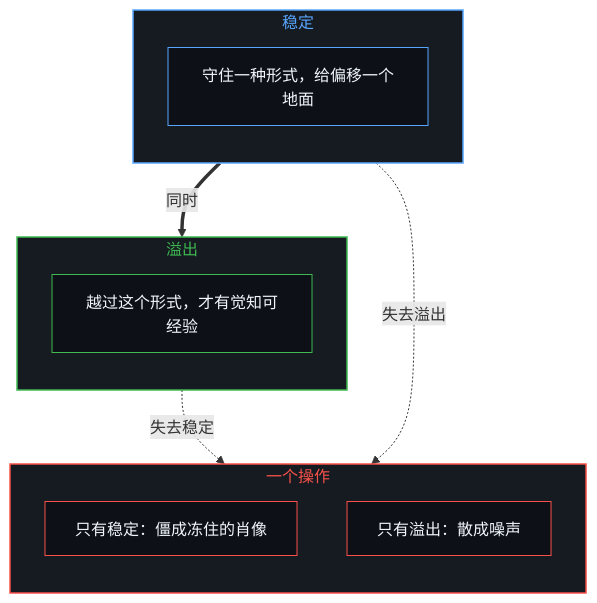
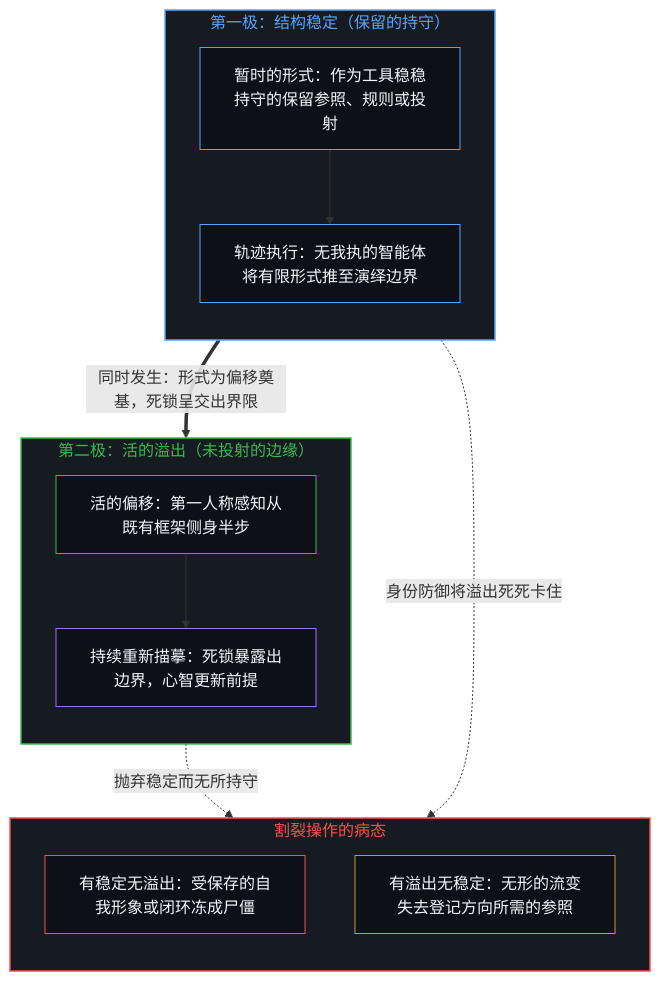
One commit to powerpig99/not-a-toe changed the first of 2 diagrams in content/posts/stability-and-excess.md. Above: the diagram before and after it, drawn with Mermaid. The commit also changed other lines of this file and 2 other files, not shown here.

Commit message:
Refine stability-and-excess (Wave 3 L2 #122: weave beyond-the-projection)

````diff
--- a/content/posts/stability-and-excess.md
+++ b/content/posts/stability-and-excess.md
@@ -51,26 +55,32 @@
 ```mermaid
 flowchart TD
-    subgraph S_Stable["稳定"]
+    subgraph S_Stable["第一极：结构稳定（保留的持守）"]
         direction TB
-        S1["守住一种形式，给偏移一个地面"]
+        S1["暂时的形式：作为工具稳稳持守的保留参照、规则或投射"]
+        S2["轨迹执行：无我执的智能体将有限形式推至演绎边界"]
+        S1 --> S2
     end
-    subgraph S_Excess["溢出"]
+    subgraph S_Excess["第二极：活的溢出（未投射的边缘）"]
         direction TB
-        E1["越过这个形式，才有觉知可经验"]
+        E1["活的偏移：第一人称感知从既有框架侧身半步"]
+        E2["持续重新描摹：死锁暴露出边界，心智更新前提"]
+        E1 --> E2
     end
-    subgraph S_One["一个操作"]
+    subgraph S_Collapse["割裂操作的病态"]
         direction TB
-        O1["只有稳定：僵成冻住的肖像"]
-        O2["只有溢出：散成噪声"]
+        O1["有稳定无溢出：受保存的自我形象或闭环冻成尸僵"]
+        O2["有溢出无稳定：无形的流变失去登记方向所需的参照"]
     end
-    S1 ==>|"同时"| E1
-    S1 -.->|"失去溢出"| O1
-    E1 -.->|"失去稳定"| O2
+    S2 ==>|"同时发生：形式为偏移奠基，死锁呈交出界限"| E1
+    S1 -.->|"身份防御将溢出死死卡住"| O1
+    E1 -.->|"抛弃稳定而无所持守"| O2
     style S_Stable fill:#161b22,stroke:#58a6ff,stroke-width:1.5px,color:#58a6ff
     style S_Excess fill:#161b22,stroke:#3fb950,stroke-width:1.5px,color:#3fb950
-    style S_One fill:#161b22,stroke:#f85149,stroke-width:1.5px,color:#f85149
+    style S_Collapse fill:#161b22,stroke:#f85149,stroke-width:1.5px,color:#f85149
     style S1 fill:#0d1117,stroke:#58a6ff,stroke-width:1px,color:#f0f6fc
+    style S2 fill:#0d1117,stroke:#58a6ff,stroke-width:1px,color:#f0f6fc
     style E1 fill:#0d1117,stroke:#3fb950,stroke-width:1px,color:#f0f6fc
+    style E2 fill:#0d1117,stroke:#a371f7,stroke-width:1px,color:#f0f6fc
     style O1 fill:#0d1117,stroke:#f85149,stroke-width:1px,color:#f0f6fc
-    style O2 fill:#0d1117,stroke:#f85149,stroke-width:1px,color:#f0f6fc
+    style O2 fill:#0d1117,stroke:#d29922,stroke-width:1px,color:#f0f6fc
 ```
````
